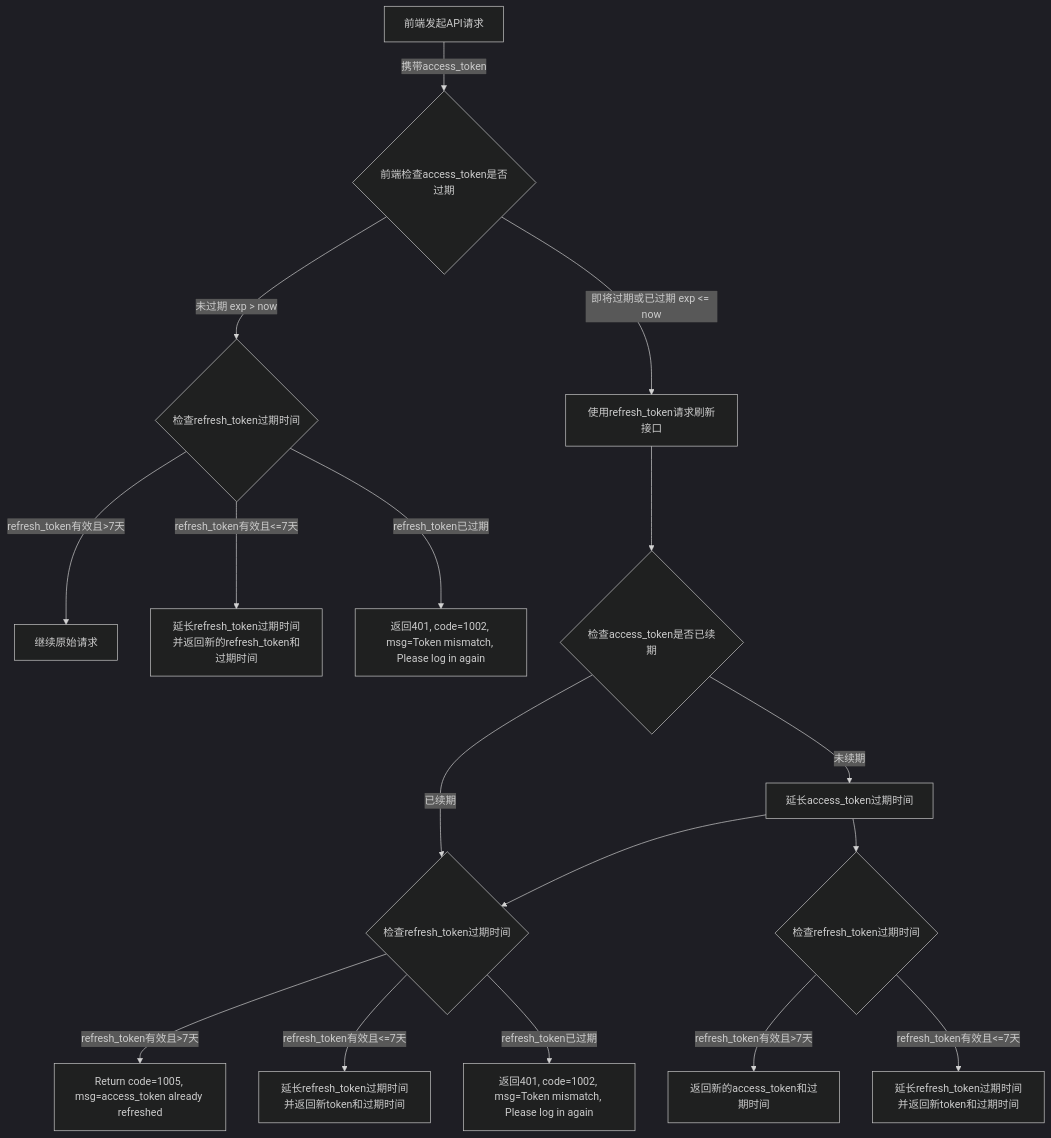
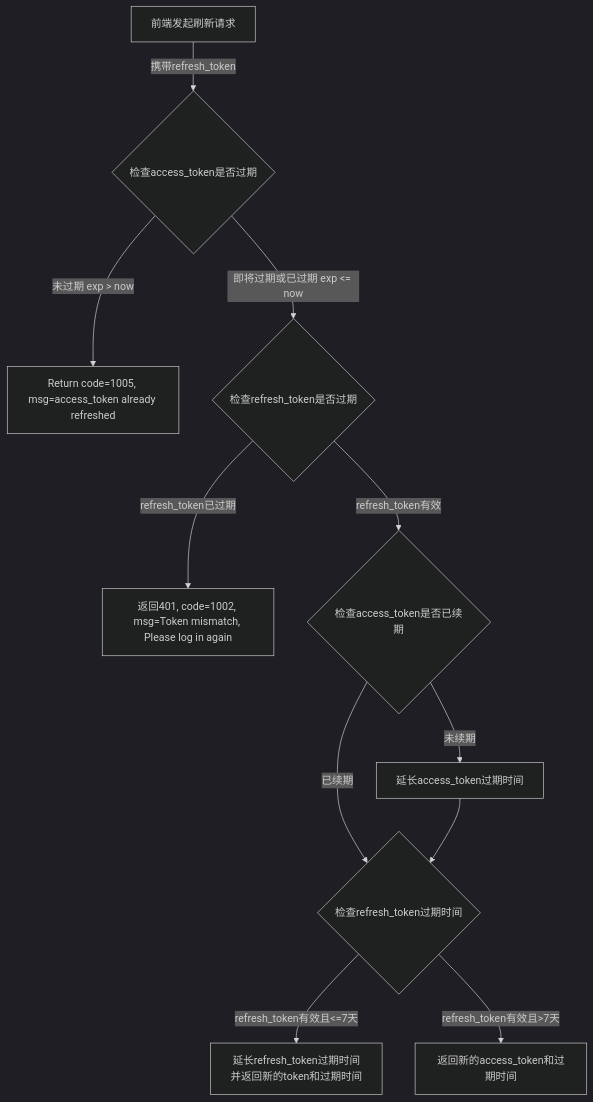
One commit to yingjianzh/iodraw-files changed the diagram in all/openAPI-17.md. Above: the diagram before and after it, drawn with Mermaid (dark theme).

Commit message:
2025-01-08 18:42:06 update

````diff
--- a/all/openAPI-17.md
+++ b/all/openAPI-17.md
@@ -1,19 +1,13 @@
 ```mermaid
 flowchart TD
-    A[前端发起API请求] -->|携带access_token| B{前端检查access_token是否过期}
-    B -->|未过期 exp > now| C{检查refresh_token过期时间}
-    B -->|即将过期或已过期 exp <= now| D[使用refresh_token请求刷新接口]
-    C -->|refresh_token有效且>7天| E[继续原始请求]
-    C -->|refresh_token有效且<=7天| F[延长refresh_token过期时间并返回新的refresh_token和过期时间]
-    C -->|refresh_token已过期| G[返回401, code=1002, msg=Token mismatch, Please log in again]
-    D --> H{检查access_token是否已续期}
-    H -->|已续期| I{检查refresh_token过期时间}
-    H -->|未续期| J[延长access_token过期时间] --> I
-    I -->|refresh_token有效且>7天| K[Return code=1005, msg=access_token already refreshed]
-    I -->|refresh_token有效且<=7天| L[延长refresh_token过期时间并返回新token和过期时间]
-    I -->|refresh_token已过期| M[返回401, code=1002, msg=Token mismatch, Please log in again]
-    J --> N{检查refresh_token过期时间}
-    N -->|refresh_token有效且>7天| O[返回新的access_token和过期时间]
-    N -->|refresh_token有效且<=7天| P[延长refresh_token过期时间并返回新token和过期时间]
+    A[前端发起刷新请求] -->|携带refresh_token| B{检查access_token是否过期}
+    B -->|未过期 exp > now| C[Return code=1005, msg=access_token already refreshed]
+    B -->|即将过期或已过期 exp <= now| D{检查refresh_token是否过期}
+    D -->|refresh_token已过期| E[返回401, code=1002, msg=Token mismatch, Please log in again]
+    D -->|refresh_token有效| F{检查access_token是否已续期}
+    F -->|已续期| G{检查refresh_token过期时间}
+    F -->|未续期| H[延长access_token过期时间] --> G
+    G -->|refresh_token有效且<=7天| I[延长refresh_token过期时间并返回新的token和过期时间]
+    G -->|refresh_token有效且>7天| J[返回新的access_token和过期时间]
 
 ```
````
